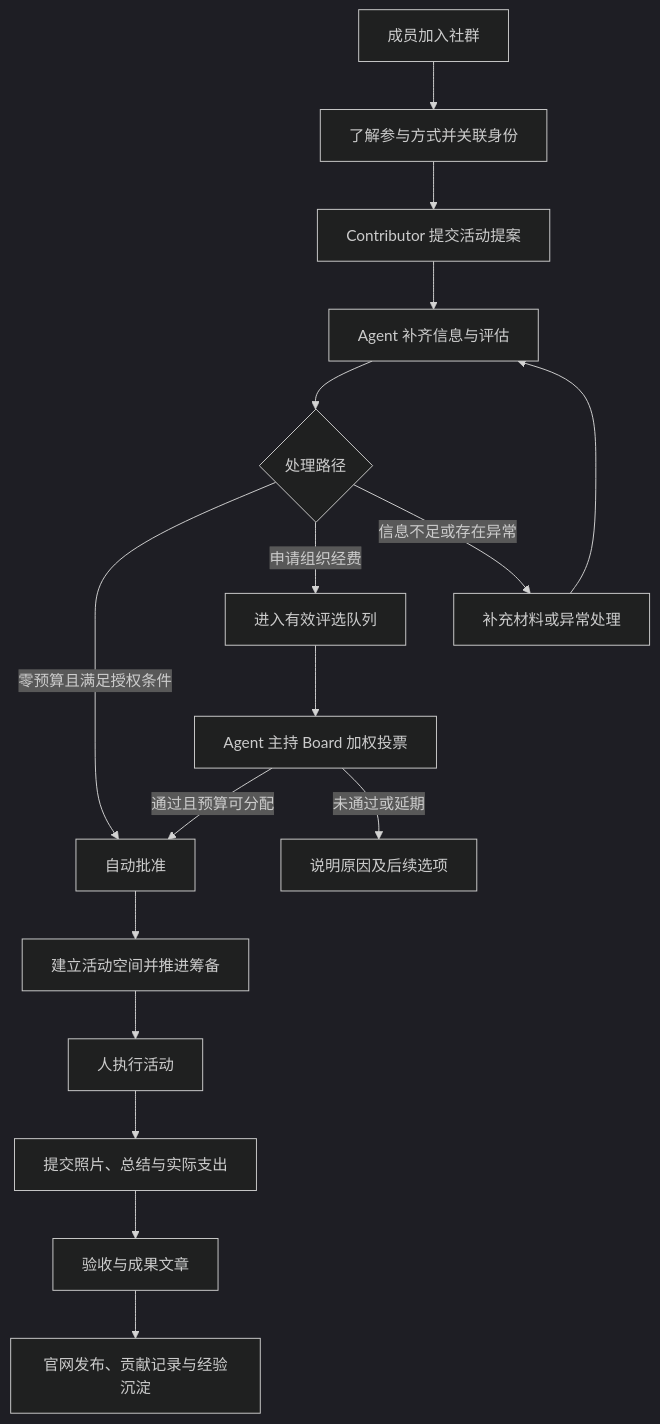
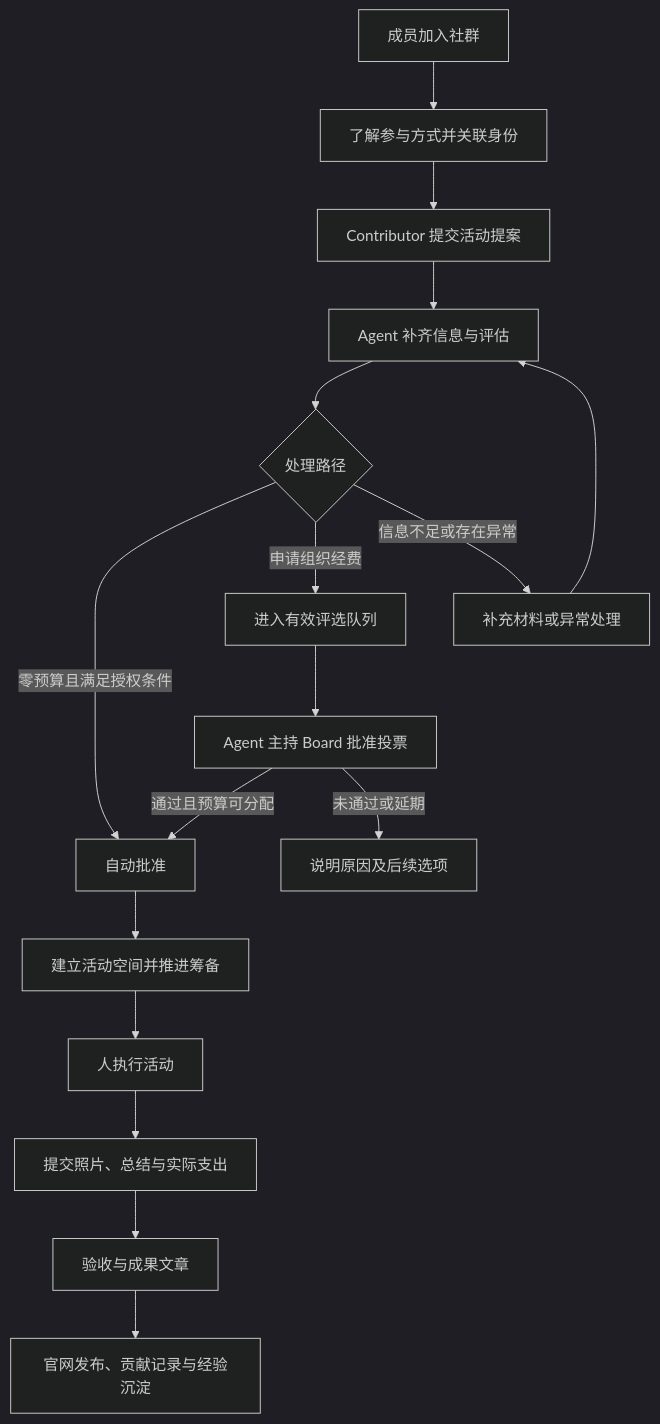
One commit to tempest2023/rein-agent changed the diagram in docs/PRD-agent-community-operations-zh.md. Above: the diagram before and after it, drawn with Mermaid (dark theme). The commit also changed other lines of this file and 68 other files, not shown here.

````diff
--- a/docs/PRD-agent-community-operations-zh.md
+++ b/docs/PRD-agent-community-operations-zh.md
@@ -139,19 +177,19 @@
 ```mermaid
 flowchart TD
     A[成员加入社群] --> B[了解参与方式并关联身份]
     B --> C[Contributor 提交活动提案]
     C --> D[Agent 补齐信息与评估]
     D --> E{处理路径}
     E -->|零预算且满足授权条件| F[自动批准]
     E -->|申请组织经费| G[进入有效评选队列]
     E -->|信息不足或存在异常| H[补充材料或异常处理]
     H --> D
-    G --> I[Agent 主持 Board 加权投票]
+    G --> I[Agent 主持 Board 批准投票]
     I -->|通过且预算可分配| F
     I -->|未通过或延期| J[说明原因及后续选项]
     F --> K[建立活动空间并推进筹备]
     K --> L[人执行活动]
     L --> M[提交照片、总结与实际支出]
     M --> N[验收与成果文章]
     N --> O[官网发布、贡献记录与经验沉淀]
 ```
````
